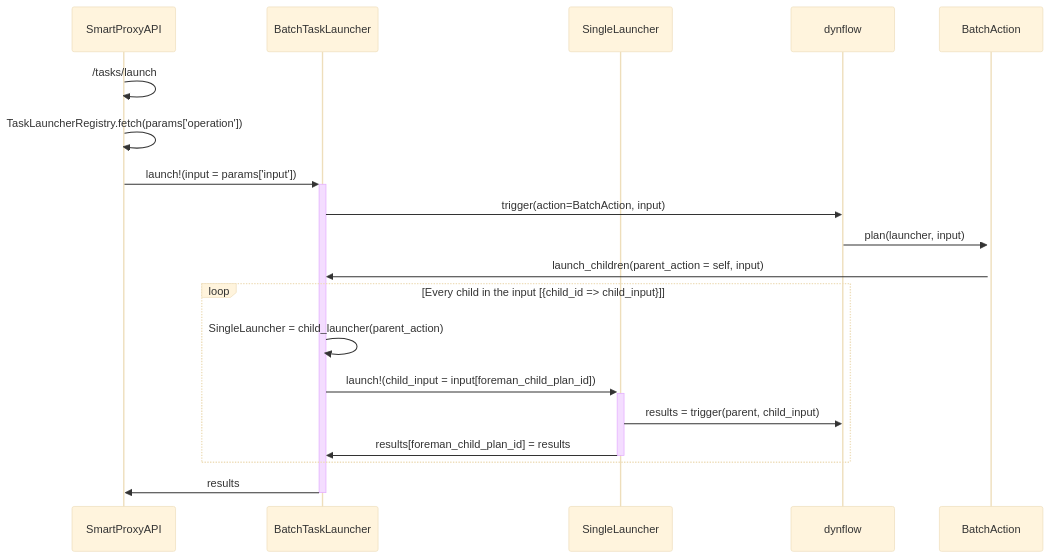
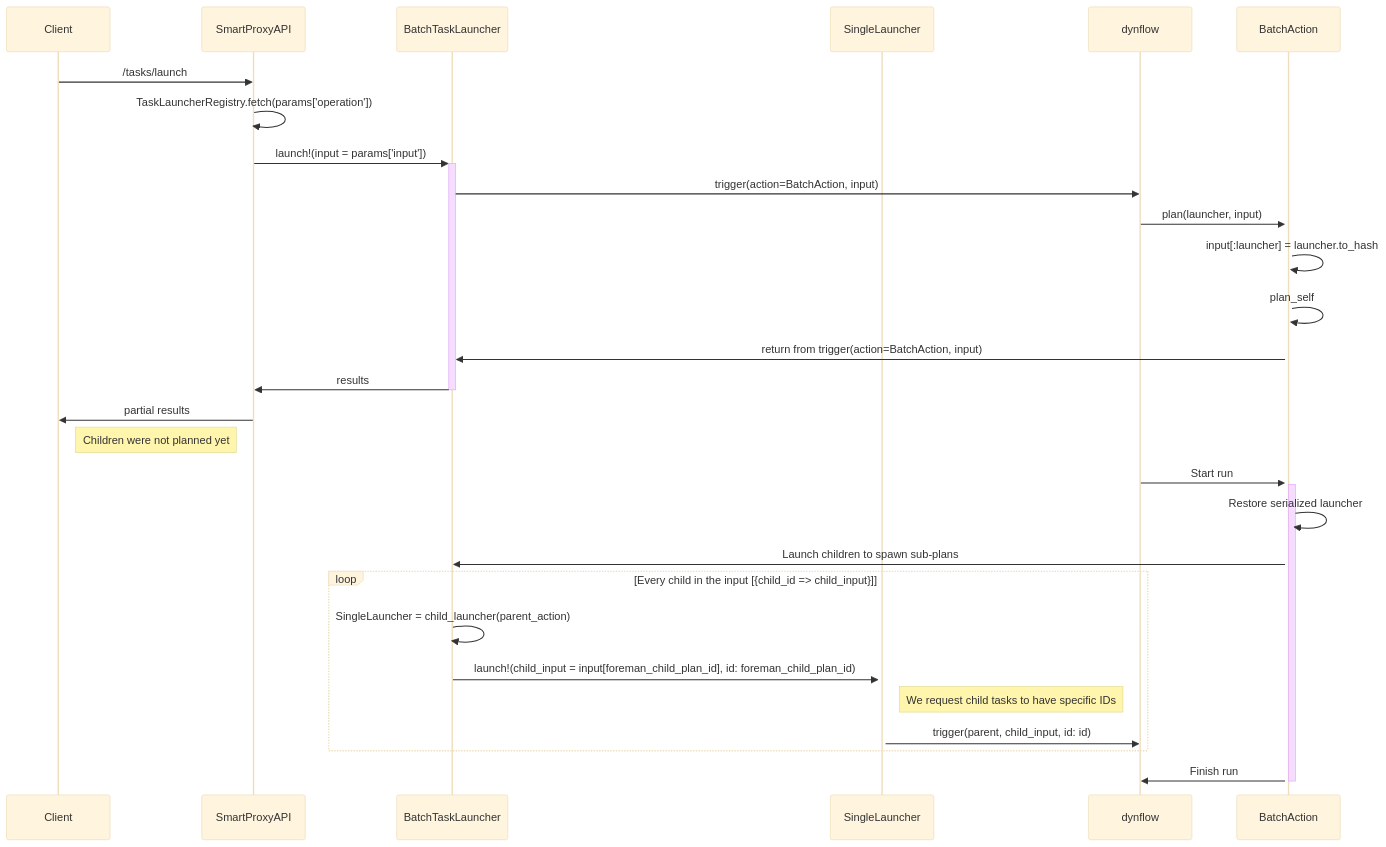
One commit to theforeman/smart_proxy_dynflow changed the diagram in developer_docs/architecture/diagrams/batch_launching.mmd. Above: the diagram before and after it, drawn with Mermaid (base theme). The commit also changed 5 other files, not shown here.

Commit message:
Fixes #32961 - Update diagrams and docs for async triggering

```diff
--- a/developer_docs/architecture/diagrams/batch_launching.mmd
+++ b/developer_docs/architecture/diagrams/batch_launching.mmd
@@ -1,15 +1,25 @@
 sequenceDiagram
-    SmartProxyAPI->>SmartProxyAPI: /tasks/launch
+    Client->>SmartProxyAPI: /tasks/launch
     SmartProxyAPI->>SmartProxyAPI: TaskLauncherRegistry.fetch(params['operation'])
     SmartProxyAPI->>+BatchTaskLauncher: launch!(input = params['input'])
     participant SingleLauncher
     BatchTaskLauncher->>dynflow: trigger(action=BatchAction, input)
     dynflow->>+BatchAction: plan(launcher, input)
-    BatchAction->>BatchTaskLauncher: launch_children(parent_action = self, input)
+    BatchAction->>BatchAction: input[:launcher] = launcher.to_hash
+    BatchAction->>BatchAction: plan_self
+    BatchAction->>BatchTaskLauncher: return from trigger(action=BatchAction, input)
+    BatchTaskLauncher->>-SmartProxyAPI: results
+    SmartProxyAPI->>Client: partial results
+    note right of Client: Children were not planned yet
+
+    dynflow->>+BatchAction: Start run
+    BatchAction->>BatchAction: Restore serialized launcher
+    BatchAction->>BatchTaskLauncher: Launch children to spawn sub-plans
     loop Every child in the input [{child_id => child_input}]
     BatchTaskLauncher->>BatchTaskLauncher: SingleLauncher = child_launcher(parent_action)
-    BatchTaskLauncher->>+SingleLauncher: launch!(child_input = input[foreman_child_plan_id])
-    SingleLauncher->>dynflow: results = trigger(parent, child_input)
-    SingleLauncher->>-BatchTaskLauncher: results[foreman_child_plan_id] = results
+    BatchTaskLauncher->>+SingleLauncher: launch!(child_input = input[foreman_child_plan_id], id: foreman_child_plan_id)
+    note right of SingleLauncher: We request child tasks to have specific IDs
+    SingleLauncher->>dynflow: trigger(parent, child_input, id: id)
     end
-    BatchTaskLauncher->>-SmartProxyAPI: results
+
+    BatchAction->>-dynflow: Finish run
```
